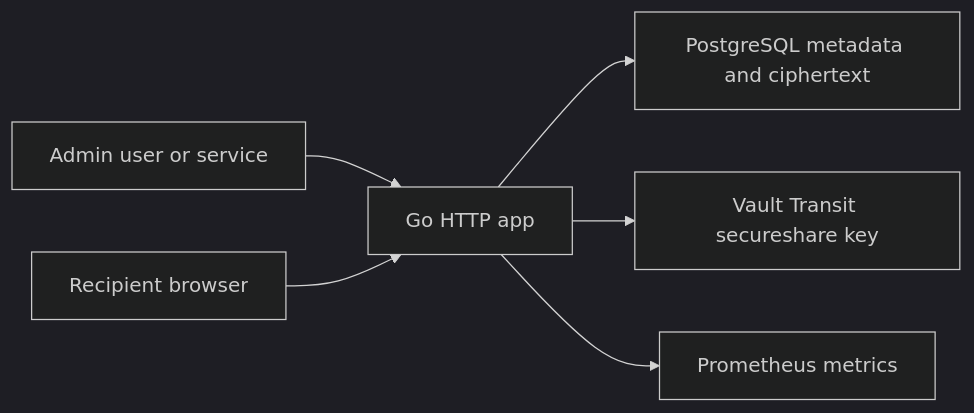
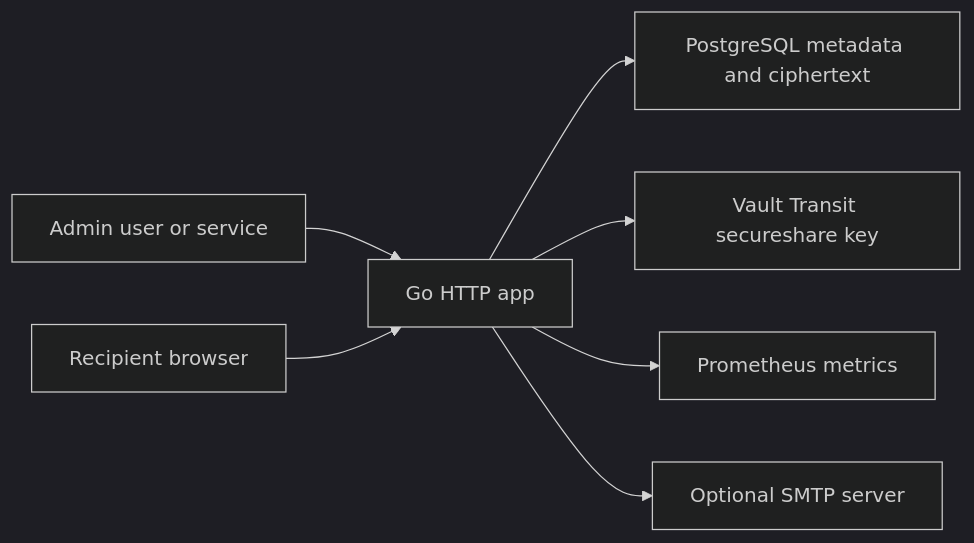
One commit to Operalith/secureshare changed the diagram in README.md. Above: the diagram before and after it, drawn with Mermaid (dark theme). The commit also changed other lines of this file and 14 other files, not shown here.

````diff
--- a/README.md
+++ b/README.md
@@ -63,8 +64,9 @@
 ```mermaid
 flowchart LR
   A["Admin user or service"] --> B["Go HTTP app"]
   B --> C["PostgreSQL metadata and ciphertext"]
   B --> D["Vault Transit secureshare key"]
   E["Recipient browser"] --> B
   B --> F["Prometheus metrics"]
+  B --> G["Optional SMTP server"]
 ```
````
